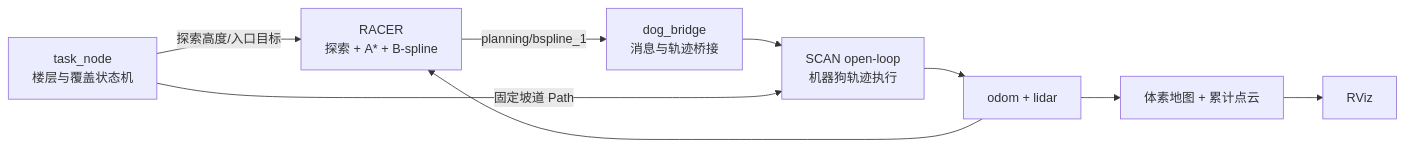
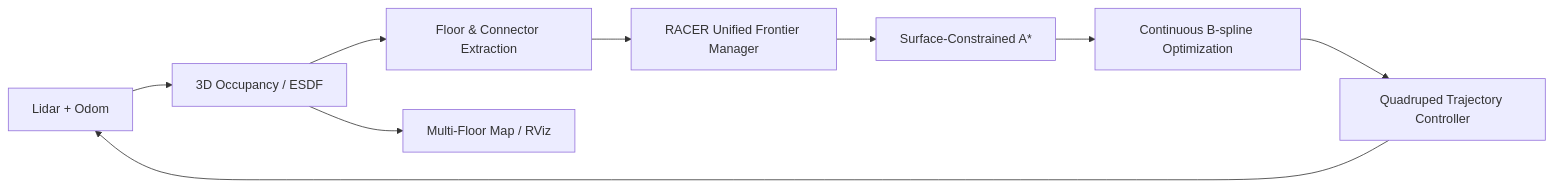
The diagram in README.md (Zxbxdxd/dog-explor), drawn with Mermaid before and after one commit. The commit also changed other lines of this file, not shown here.

Commit message:
Present RACER-native multi-floor exploration roadmap

````diff
--- a/README.md
+++ b/README.md
@@ -49,11 +103,11 @@
 ```mermaid
 flowchart LR
-    T[task_node\n楼层与覆盖状态机] -->|探索高度/入口目标| R[RACER\n探索 + A* + B-spline]
-    R -->|planning/bspline_1| B[dog_bridge\n消息与轨迹桥接]
-    B --> S[SCAN open-loop\n机器狗轨迹执行]
-    T -->|固定坡道 Path| S
-    S --> O[odom + lidar]
-    O --> R
-    O --> M[体素地图 + 累计点云]
-    M --> V[RViz]
+    L[Lidar + Odom] --> M[3D Occupancy / ESDF]
+    M --> F[Floor & Connector Extraction]
+    F --> R[RACER Unified Frontier Manager]
+    R --> P[Surface-Constrained A*]
+    P --> B[Continuous B-spline Optimization]
+    B --> C[Quadruped Trajectory Controller]
+    C --> L
+    M --> V[Multi-Floor Map / RViz]
 ```
````
